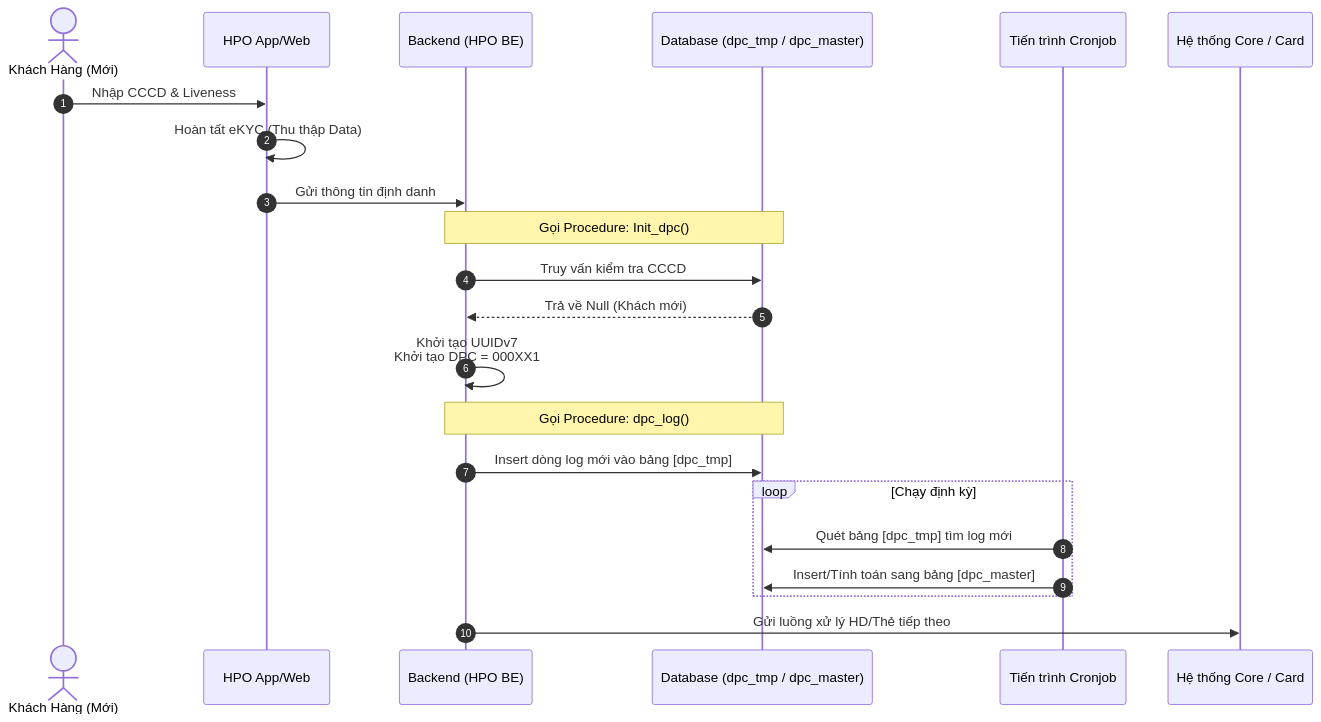
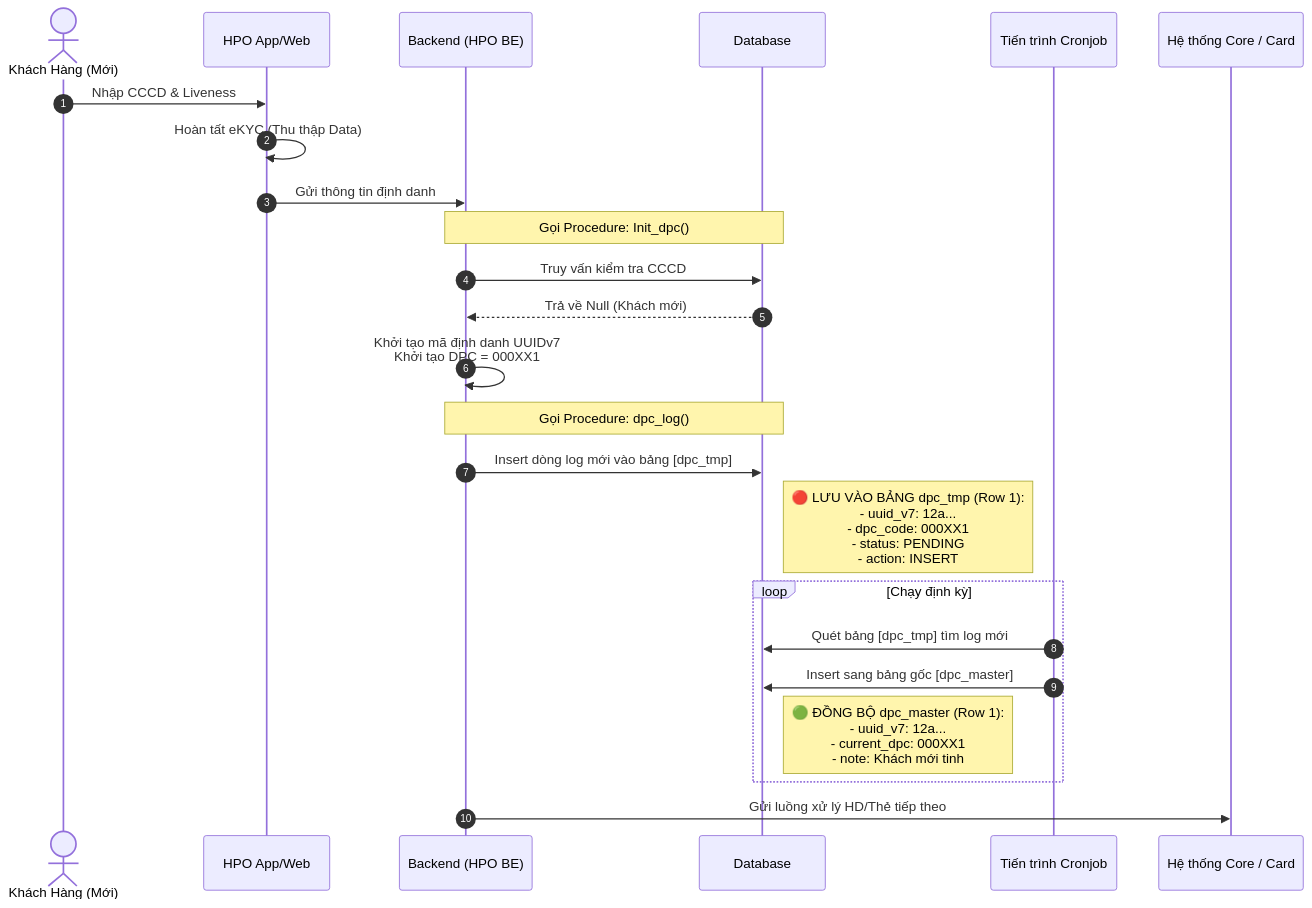
The first of 2 diagrams in dpc/07_Sequence_Diagram_Data_DPC.md (quangha9797/hdss-docs), drawn with Mermaid before and after one commit. The commit also changed other lines of this file, not shown here.

````diff
--- a/dpc/07_Sequence_Diagram_Data_DPC.md
+++ b/dpc/07_Sequence_Diagram_Data_DPC.md
@@ -15,30 +15,32 @@
 ```mermaid
 sequenceDiagram
     autonumber
     actor KH as Khách Hàng (Mới)
     participant APP as HPO App/Web
     participant BE as Backend (HPO BE)
-    participant DB as Database (dpc_tmp / dpc_master)
+    participant DB as Database
     participant CRON as Tiến trình Cronjob
     participant CORE as Hệ thống Core / Card
     
     KH->>APP: Nhập CCCD & Liveness
     APP->>APP: Hoàn tất eKYC (Thu thập Data)
     APP->>BE: Gửi thông tin định danh
     
     note over BE, DB: Gọi Procedure: Init_dpc()
     BE->>DB: Truy vấn kiểm tra CCCD
     DB-->>BE: Trả về Null (Khách mới)
     
-    BE->>BE: Khởi tạo UUIDv7<br/>Khởi tạo DPC = 000XX1
+    BE->>BE: Khởi tạo mã định danh UUIDv7<br/>Khởi tạo DPC = 000XX1
     
     note over BE, DB: Gọi Procedure: dpc_log()
     BE->>DB: Insert dòng log mới vào bảng [dpc_tmp]
+    note right of DB: 🔴 LƯU VÀO BẢNG dpc_tmp (Row 1):<br/>- uuid_v7: 12a...<br/>- dpc_code: 000XX1<br/>- status: PENDING<br/>- action: INSERT
     
     loop Chạy định kỳ
         CRON->>DB: Quét bảng [dpc_tmp] tìm log mới
-        CRON->>DB: Insert/Tính toán sang bảng [dpc_master]
+        CRON->>DB: Insert sang bảng gốc [dpc_master]
+        note right of DB: 🟢 ĐỒNG BỘ dpc_master (Row 1):<br/>- uuid_v7: 12a...<br/>- current_dpc: 000XX1<br/>- note: Khách mới tinh
     end
     
     BE->>CORE: Gửi luồng xử lý HD/Thẻ tiếp theo
 ```
````
